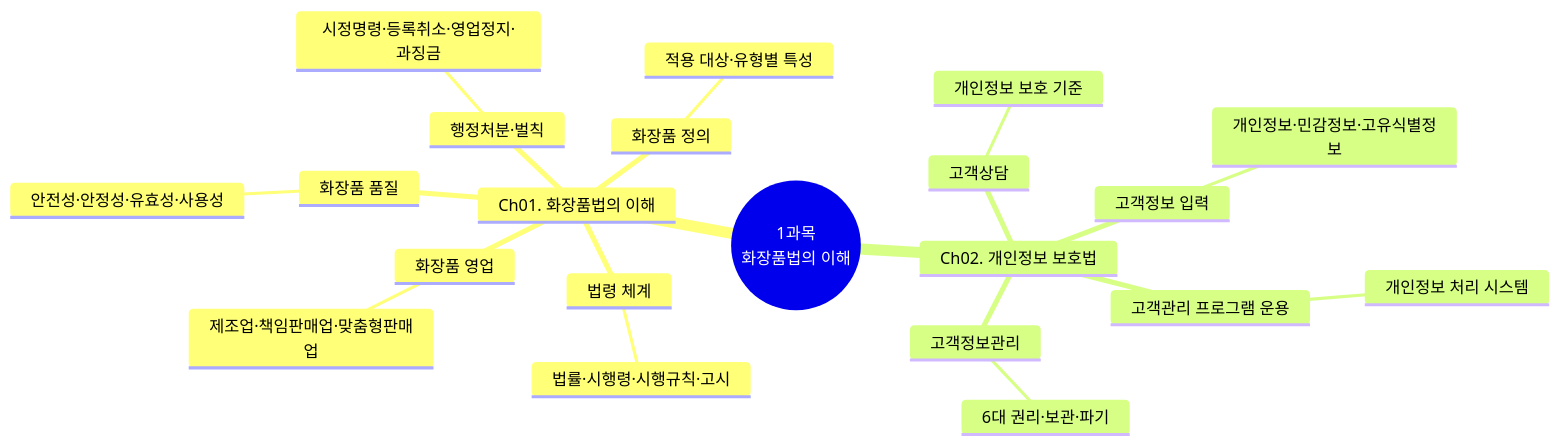
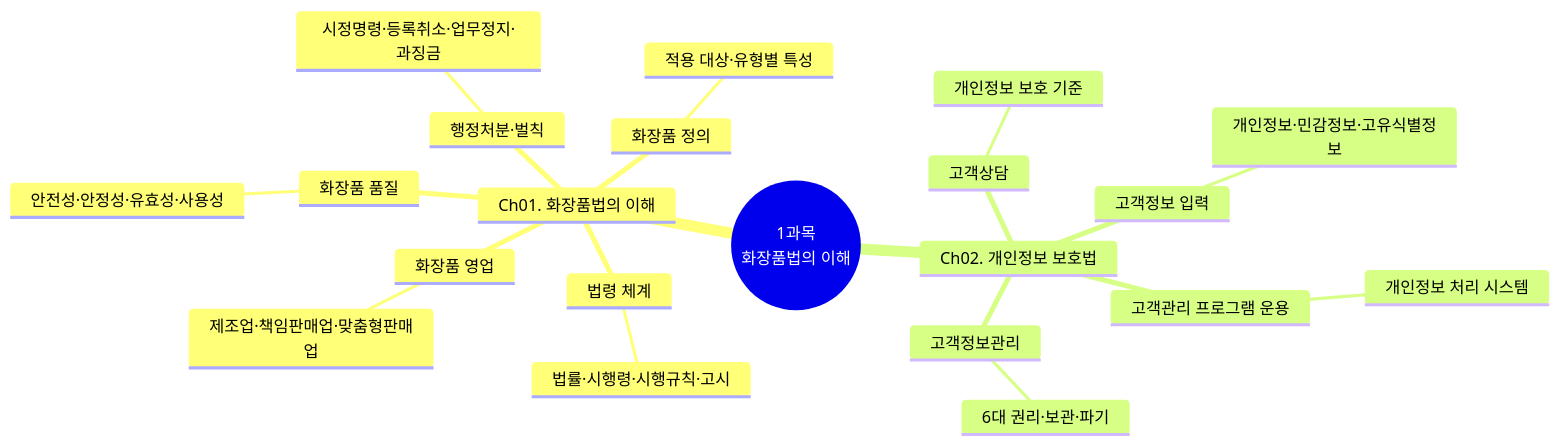
One commit to skygoldlee-cyber/Personalized_Skincare changed the first of 10 diagrams in content/교재/law/1과목_화장품법의이해_이야기형.md. Above: the diagram before and after it, drawn with Mermaid. The commit also changed other lines of this file and 18 other files, not shown here.

First line of the commit message:
영업정지→업무정지 법령 용어 통일

````diff
--- a/content/교재/law/1과목_화장품법의이해_이야기형.md
+++ b/content/교재/law/1과목_화장품법의이해_이야기형.md
@@ -203,24 +203,24 @@
 ```mermaid
 mindmap
   root((1과목<br/>화장품법의 이해))
     Ch01. 화장품법의 이해
       법령 체계
         법률·시행령·시행규칙·고시
       화장품 정의
         적용 대상·유형별 특성
       화장품 영업
         제조업·책임판매업·맞춤형판매업
       행정처분·벌칙
-        시정명령·등록취소·영업정지·과징금
+        시정명령·등록취소·업무정지·과징금
       화장품 품질
         안전성·안정성·유효성·사용성
     Ch02. 개인정보 보호법
       고객관리 프로그램 운용
         개인정보 처리 시스템
       고객정보 입력
         개인정보·민감정보·고유식별정보
       고객정보관리
         6대 권리·보관·파기
       고객상담
         개인정보 보호 기준
 ```
````
